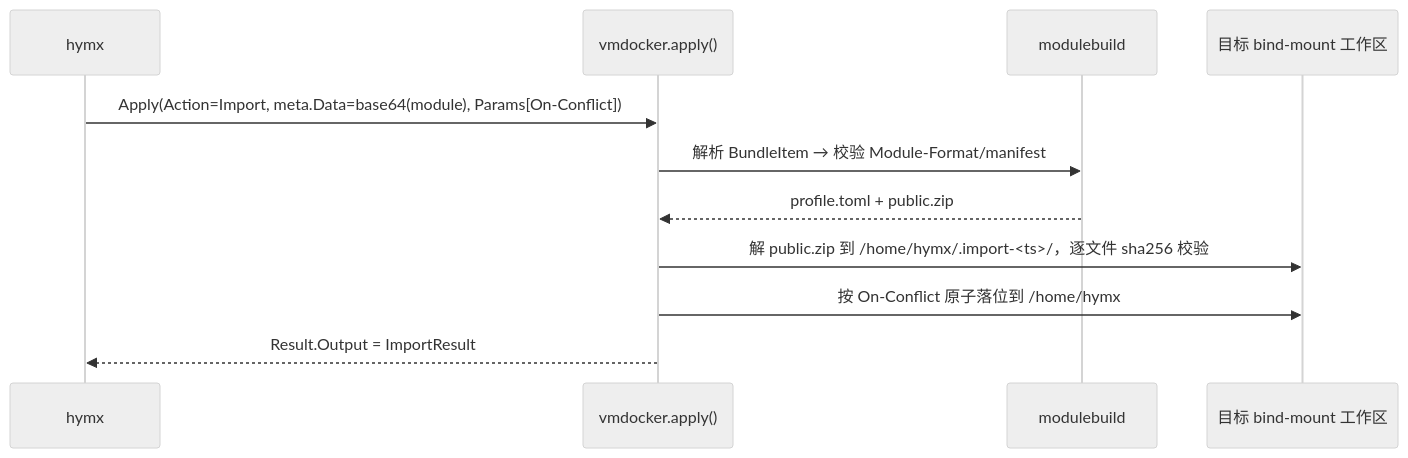
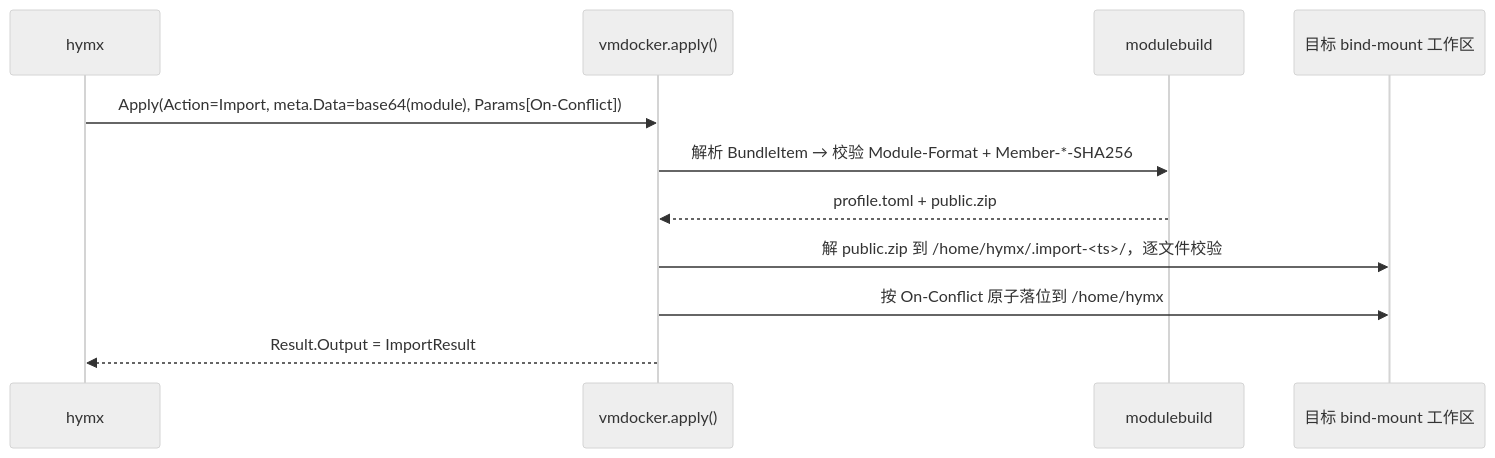
Before and after one commit to cryptowizard0/vmdocker_agent: the fourth of 5 diagrams in docs/superpowers/specs/2026-06-16-vmdocker-capability-export-import-design.md, drawn with Mermaid (neutral theme). The commit also changed other lines of this file, not shown here.

First line of the commit message:
Add export preview (dry-run); drop module.manifest.json

````diff
--- a/docs/superpowers/specs/2026-06-16-vmdocker-capability-export-import-design.md
+++ b/docs/superpowers/specs/2026-06-16-vmdocker-capability-export-import-design.md
@@ -272,14 +296,14 @@
 ```mermaid
 sequenceDiagram
     participant H as hymx
     participant V as vmdocker.apply()
     participant MB as modulebuild
     participant FS as 目标 bind-mount 工作区
 
     H->>V: Apply(Action=Import, meta.Data=base64(module), Params[On-Conflict])
-    V->>MB: 解析 BundleItem → 校验 Module-Format/manifest
+    V->>MB: 解析 BundleItem → 校验 Module-Format + Member-*-SHA256
     MB-->>V: profile.toml + public.zip
-    V->>FS: 解 public.zip 到 /home/hymx/.import-<ts>/，逐文件 sha256 校验
+    V->>FS: 解 public.zip 到 /home/hymx/.import-<ts>/，逐文件校验
     V->>FS: 按 On-Conflict 原子落位到 /home/hymx
     V-->>H: Result.Output = ImportResult
 ```
````
